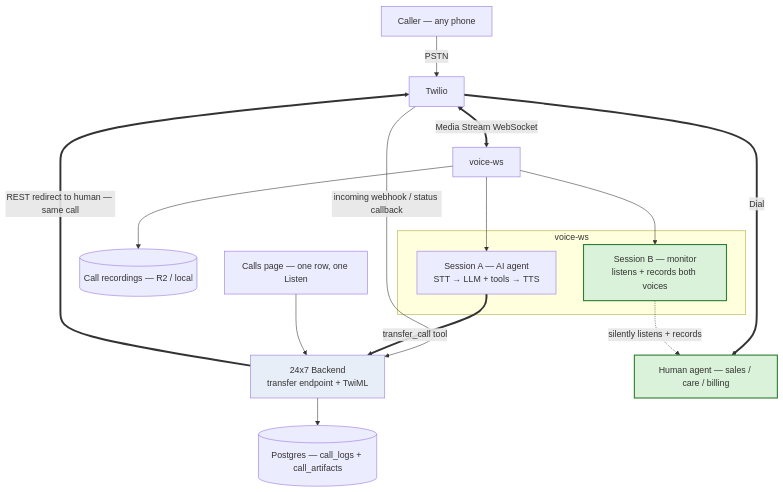
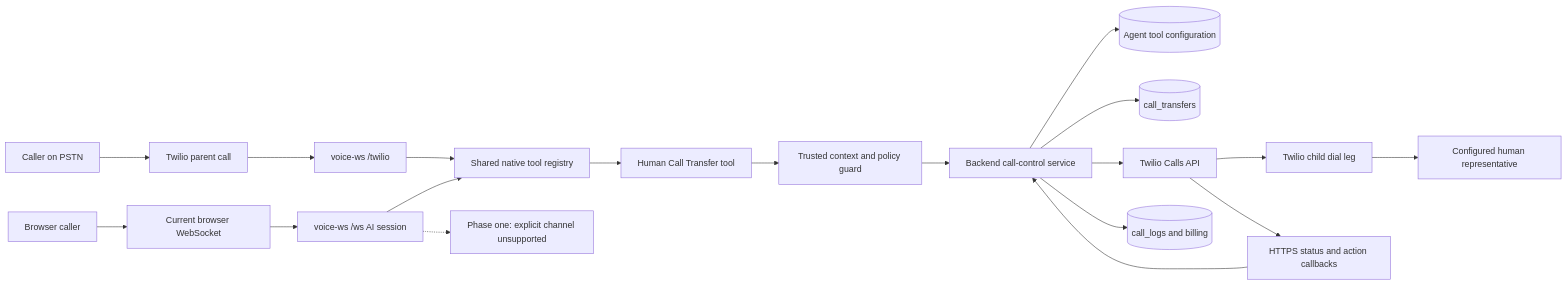
Before and after one commit to gauravdhiman/a1-voice-agent-platform: the third of 6 diagrams in docs/03_implementation/call_transfer_to_human.md, drawn with Mermaid. The commit also changed other lines of this file and 1 other file, not shown here.

Commit message:
docs: defer human transfer and document implementation plan

````diff
--- a/docs/03_implementation/call_transfer_to_human.md
+++ b/docs/03_implementation/call_transfer_to_human.md
@@ -119,26 +395,21 @@
 ```mermaid
-graph TB
-    Caller[Caller — any phone] -->|PSTN| Twilio[Twilio]
-    Twilio -->|incoming webhook / status callback| Backend[24x7 Backend<br/>transfer endpoint + TwiML]
-    Backend ==>|REST redirect to human — same call| Twilio
-    Twilio <==>|Media Stream WebSocket| WS[voice-ws]
-
-    subgraph VWS[voice-ws]
-        SessA[Session A — AI agent<br/>STT → LLM + tools → TTS]
-        SessB[Session B — monitor<br/>listens + records both voices]
-    end
-
-    WS --> SessA
-    WS --> SessB
-
-    SessA ==>|transfer_call tool| Backend
-    Twilio ==>|Dial| Human[Human agent — sales / care / billing]
-    SessB -.silently listens + records.-> Human
-    WS --> Store[(Call recordings — R2 / local)]
-    Backend --> DB[(Postgres — call_logs + call_artifacts)]
-    UI[Calls page — one row, one Listen] --> Backend
-
-    classDef new fill:#d9f2d9,stroke:#2e7d32,stroke-width:2px;
-    class SessB,Human new;
-    style Backend fill:#e8eef7
+flowchart LR
+    CallerPhone[Caller on PSTN] --> ParentCall[Twilio parent call]
+    BrowserCaller[Browser caller] --> BrowserWS[Current browser WebSocket]
+    ParentCall --> VoiceWS[voice-ws /twilio]
+    BrowserWS --> BrowserAI[voice-ws /ws AI session]
+    VoiceWS --> ToolRegistry[Shared native tool registry]
+    BrowserAI --> ToolRegistry
+    ToolRegistry --> TransferTool[Human Call Transfer tool]
+    TransferTool --> ContextGuard[Trusted context and policy guard]
+    ContextGuard --> ControlAPI[Backend call-control service]
+    ControlAPI --> AgentConfig[(Agent tool configuration)]
+    ControlAPI --> TransferDB[(call_transfers)]
+    ControlAPI --> TwilioREST[Twilio Calls API]
+    TwilioREST --> ChildLeg[Twilio child dial leg]
+    ChildLeg --> Human[Configured human representative]
+    TwilioREST --> StatusCallback[HTTPS status and action callbacks]
+    StatusCallback --> ControlAPI
+    ControlAPI --> CallLog[(call_logs and billing)]
+    BrowserAI -.-> Unsupported[Phase one: explicit channel unsupported]
 ```
````
